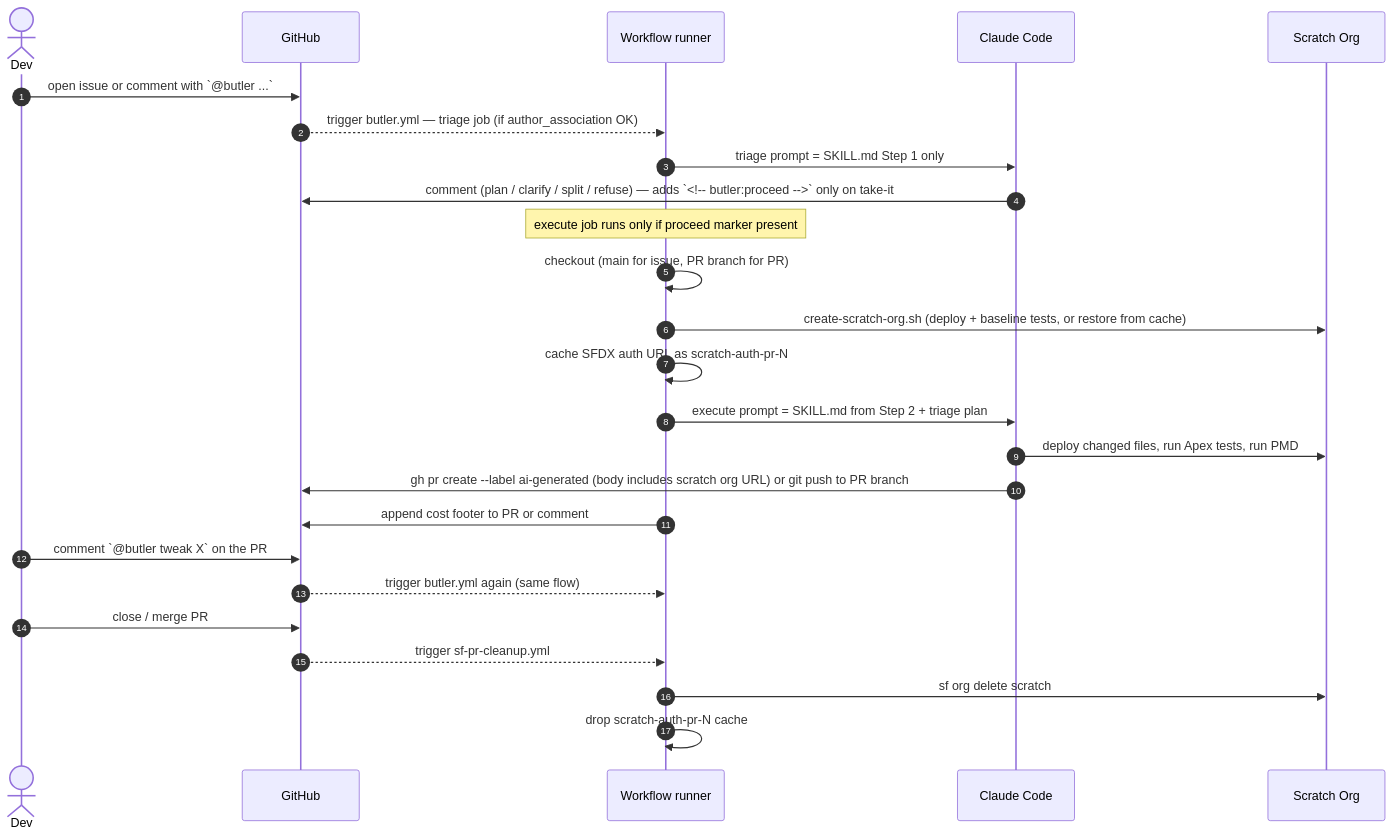
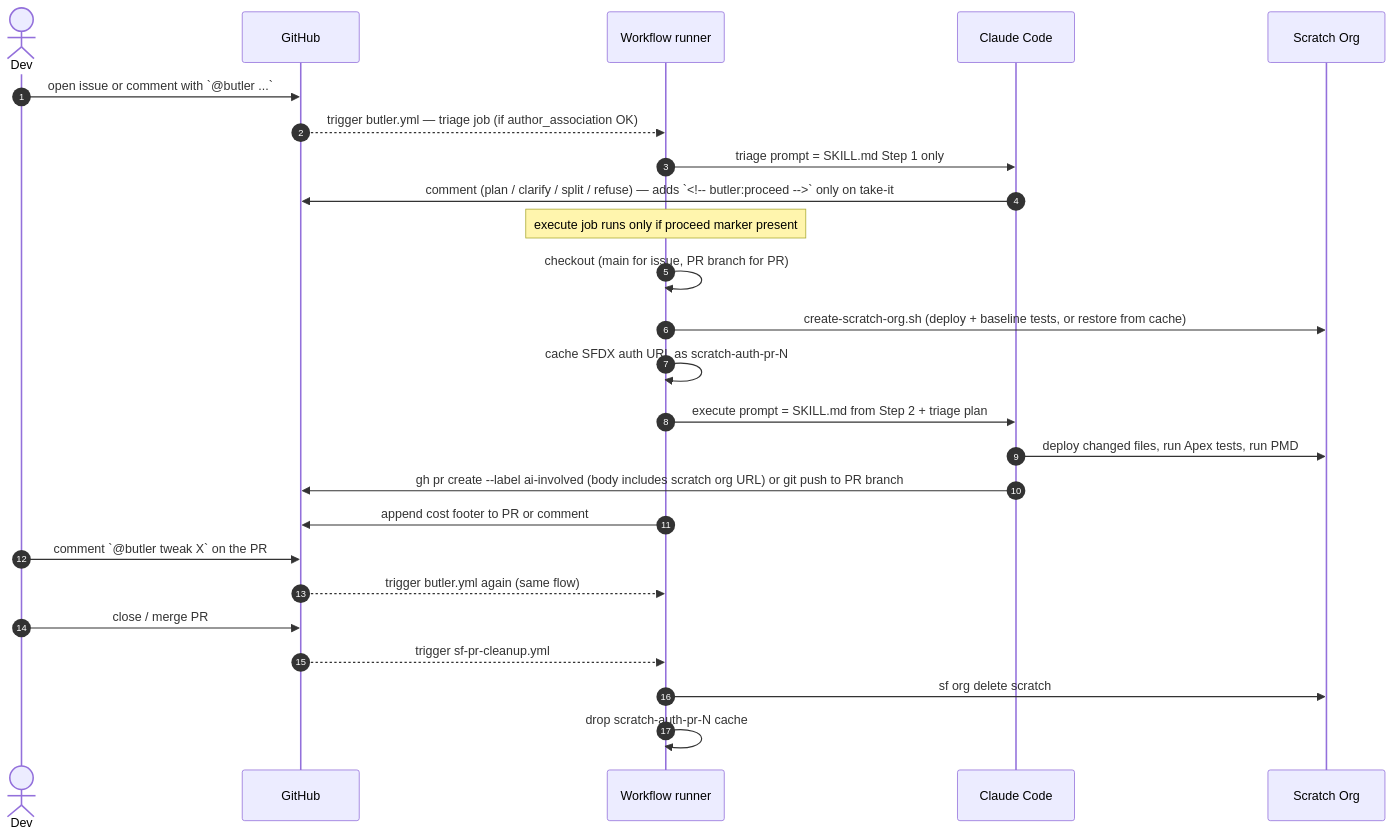
Before and after one commit to aquivalabs/my-org-butler: the diagram in .claude/skills/sf-ticket-to-pr/README.md, drawn with Mermaid. The commit also changed other lines of this file and 3 other files, not shown here.

First line of the commit message:
chore: rename ai-generated label to ai-involved across files

````diff
--- a/.claude/skills/sf-ticket-to-pr/README.md
+++ b/.claude/skills/sf-ticket-to-pr/README.md
@@ -36,31 +36,31 @@
 ```mermaid
 sequenceDiagram
     autonumber
     actor Dev
     participant GH as GitHub
     participant WF as Workflow runner
     participant CC as Claude Code
     participant Org as Scratch Org
 
     Dev->>GH: open issue or comment with `@butler ...`
     GH-->>WF: trigger butler.yml — triage job (if author_association OK)
     WF->>CC: triage prompt = SKILL.md Step 1 only
     CC->>GH: comment (plan / clarify / split / refuse) — adds `<!-- butler:proceed -->` only on take-it
 
     Note over WF: execute job runs only if proceed marker present
     WF->>WF: checkout (main for issue, PR branch for PR)
     WF->>Org: create-scratch-org.sh (deploy + baseline tests, or restore from cache)
     WF->>WF: cache SFDX auth URL as scratch-auth-pr-N
     WF->>CC: execute prompt = SKILL.md from Step 2 + triage plan
     CC->>Org: deploy changed files, run Apex tests, run PMD
-    CC->>GH: gh pr create --label ai-generated (body includes scratch org URL) or git push to PR branch
+    CC->>GH: gh pr create --label ai-involved (body includes scratch org URL) or git push to PR branch
     WF->>GH: append cost footer to PR or comment
 
     Dev->>GH: comment `@butler tweak X` on the PR
     GH-->>WF: trigger butler.yml again (same flow)
 
     Dev->>GH: close / merge PR
     GH-->>WF: trigger sf-pr-cleanup.yml
     WF->>Org: sf org delete scratch
     WF->>WF: drop scratch-auth-pr-N cache
 ```
````
